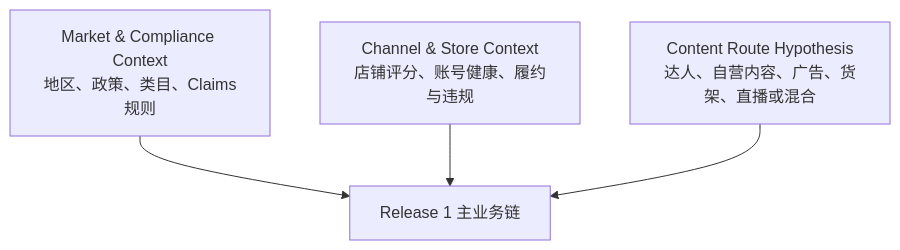
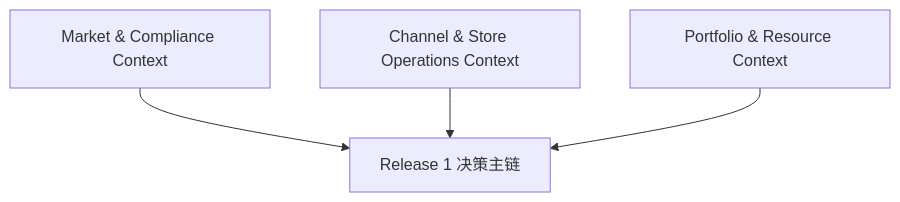
One commit to SONG-36/TK_Video_Intelligence_Workbench changed the fifth of 7 diagrams in 00_MASTER_DESIGN.md. Above: the diagram before and after it, drawn with Mermaid. The commit also changed other lines of this file and 8 other files, not shown here.

````diff
--- a/00_MASTER_DESIGN.md
+++ b/00_MASTER_DESIGN.md
@@ -119,11 +221,11 @@
 ```mermaid
 flowchart TB
-    MAIN[Release 1 主业务链]
-    M[Market & Compliance Context<br/>地区、政策、类目、Claims规则]
-    S[Channel & Store Context<br/>店铺评分、账号健康、履约与违规]
-    R[Content Route Hypothesis<br/>达人、自营内容、广告、货架、直播或混合]
+    MAIN[Release 1 决策主链]
+    M[Market & Compliance Context]
+    S[Channel & Store Operations Context]
+    P[Portfolio & Resource Context]
 
     M --> MAIN
     S --> MAIN
-    R --> MAIN
+    P --> MAIN
 ```
````
